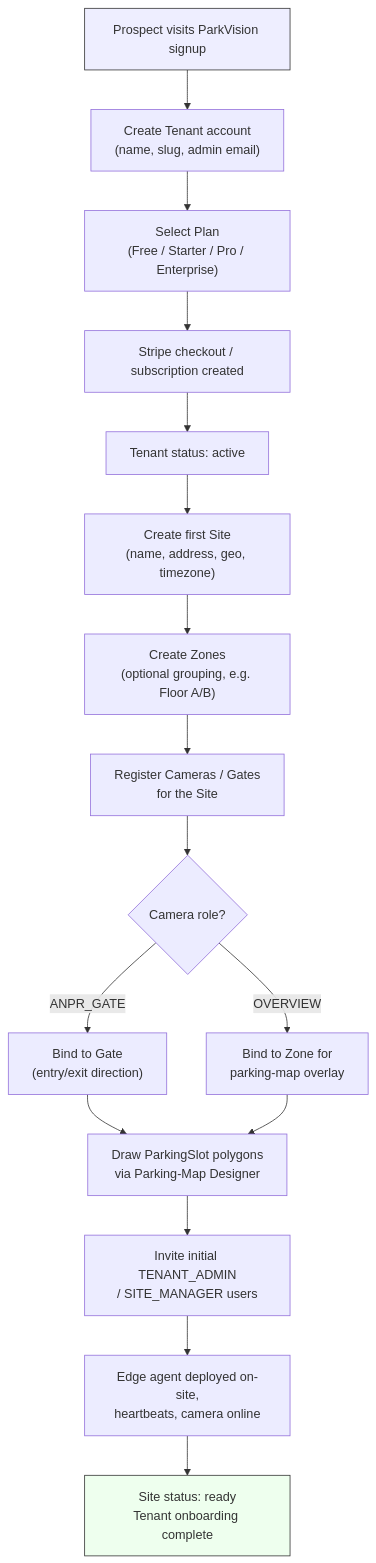
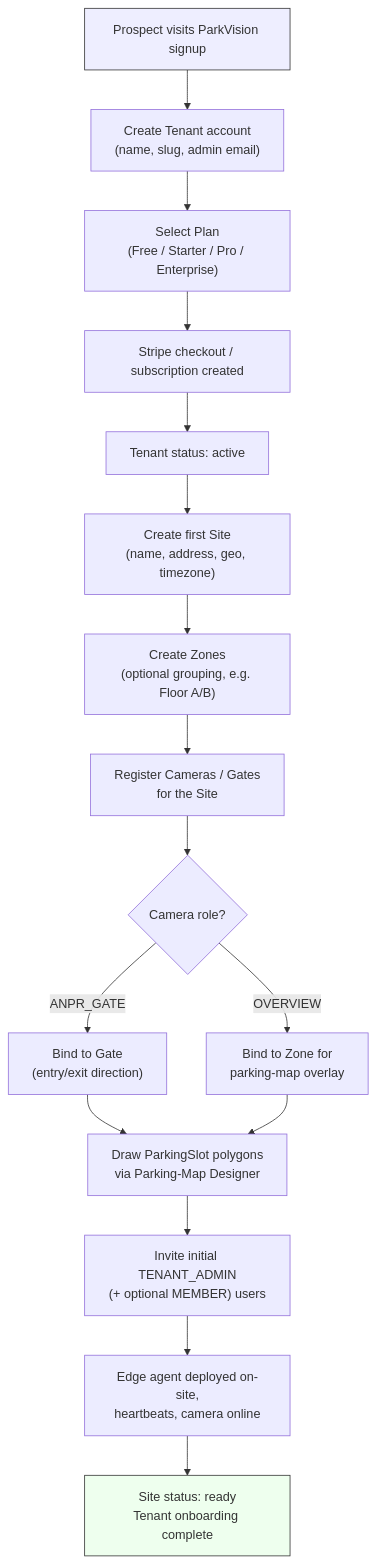
The diagram in docs/02_Business_Flow/diagrams/tenant-onboarding-flow.mmd (dainn-dev/next-manage-user), drawn with Mermaid before and after one commit. The commit also changed 151 other files, not shown here.

```diff
--- a/docs/02_Business_Flow/diagrams/tenant-onboarding-flow.mmd
+++ b/docs/02_Business_Flow/diagrams/tenant-onboarding-flow.mmd
@@ -1,19 +1,19 @@
 flowchart TD
     A["Prospect visits ParkVision signup"] --> B["Create Tenant account\n(name, slug, admin email)"]
     B --> C["Select Plan\n(Free / Starter / Pro / Enterprise)"]
     C --> D["Stripe checkout / subscription created"]
     D --> E["Tenant status: active"]
     E --> F["Create first Site\n(name, address, geo, timezone)"]
     F --> G["Create Zones\n(optional grouping, e.g. Floor A/B)"]
     G --> H["Register Cameras / Gates\nfor the Site"]
     H --> I{"Camera role?"}
     I -->|"ANPR_GATE"| J["Bind to Gate\n(entry/exit direction)"]
     I -->|"OVERVIEW"| K["Bind to Zone for\nparking-map overlay"]
     J --> L["Draw ParkingSlot polygons\nvia Parking-Map Designer"]
     K --> L
-    L --> M["Invite initial TENANT_ADMIN\n/ SITE_MANAGER users"]
+    L --> M["Invite initial TENANT_ADMIN\n(+ optional MEMBER) users"]
     M --> N["Edge agent deployed on-site,\nheartbeats, camera online"]
     N --> O["Site status: ready\nTenant onboarding complete"]
 
     style A fill:#eef,stroke:#333
     style O fill:#efe,stroke:#333
```
